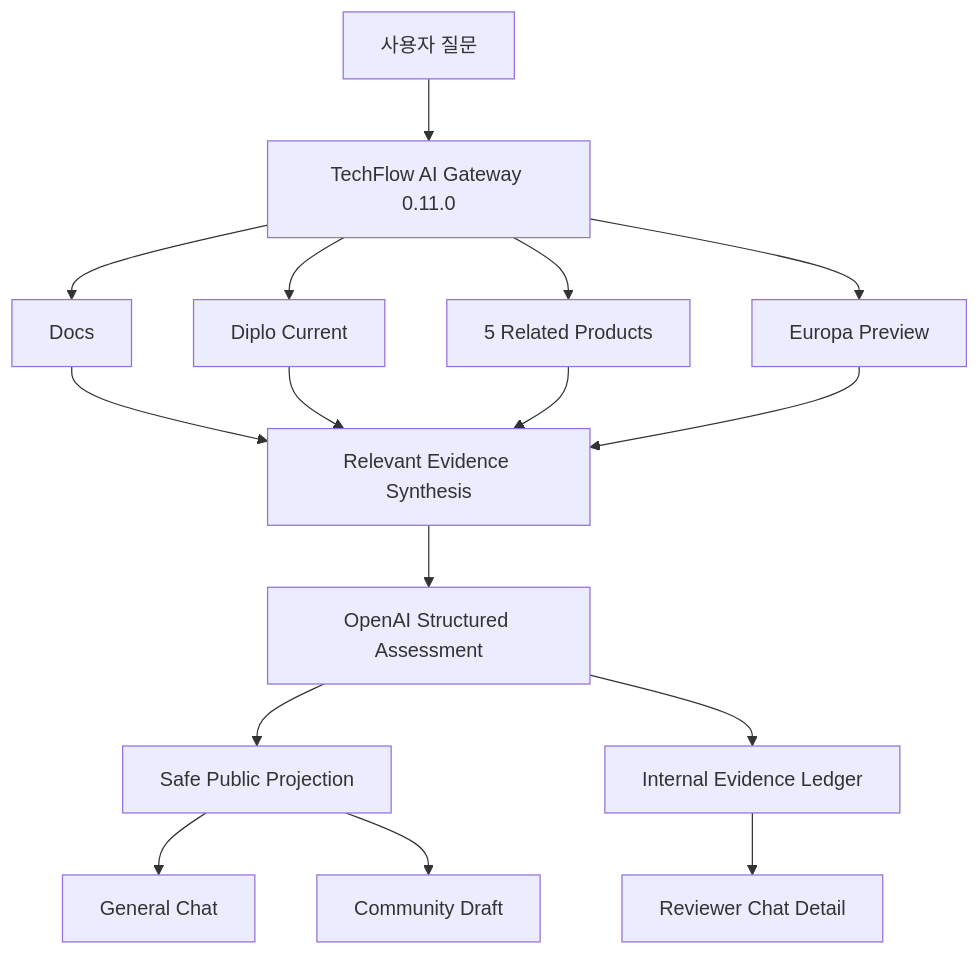
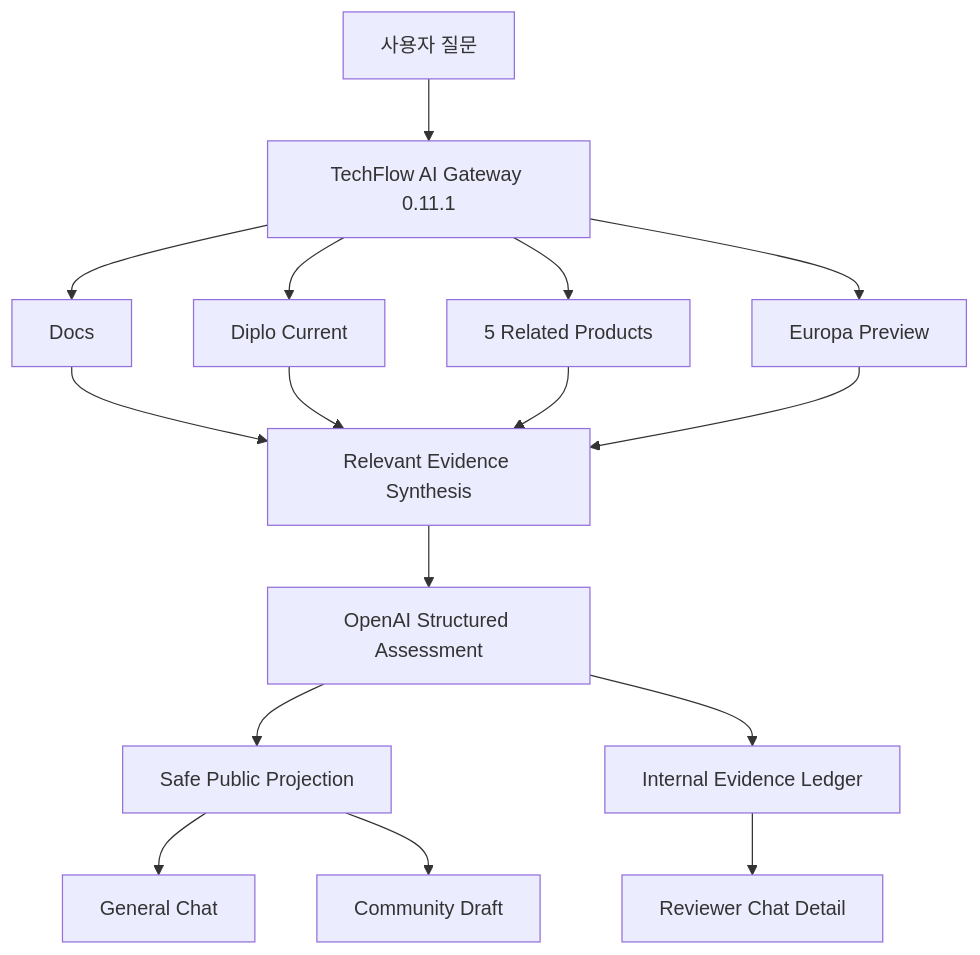
One commit to ablecloud-team/ablestack-techflow changed the diagram in docs/reports/issues-62-63-versioned-safe-answer-validation.md. Above: the diagram before and after it, drawn with Mermaid. The commit also changed other lines of this file and 14 other files, not shown here.

````diff
--- a/docs/reports/issues-62-63-versioned-safe-answer-validation.md
+++ b/docs/reports/issues-62-63-versioned-safe-answer-validation.md
@@ -19,18 +19,18 @@
 ```mermaid
 flowchart TB
-    U["사용자 질문"] --> G["TechFlow AI Gateway 0.11.0"]
+    U["사용자 질문"] --> G["TechFlow AI Gateway 0.11.1"]
     G --> D["Docs"]
     G --> C["Diplo Current"]
     G --> O["5 Related Products"]
     G --> E["Europa Preview"]
     D --> X["Relevant Evidence Synthesis"]
     C --> X
     O --> X
     E --> X
     X --> R["OpenAI Structured Assessment"]
     R --> P["Safe Public Projection"]
     R --> L["Internal Evidence Ledger"]
     P --> CH["General Chat"]
     P --> CO["Community Draft"]
     L --> RV["Reviewer Chat Detail"]
 ```
````
